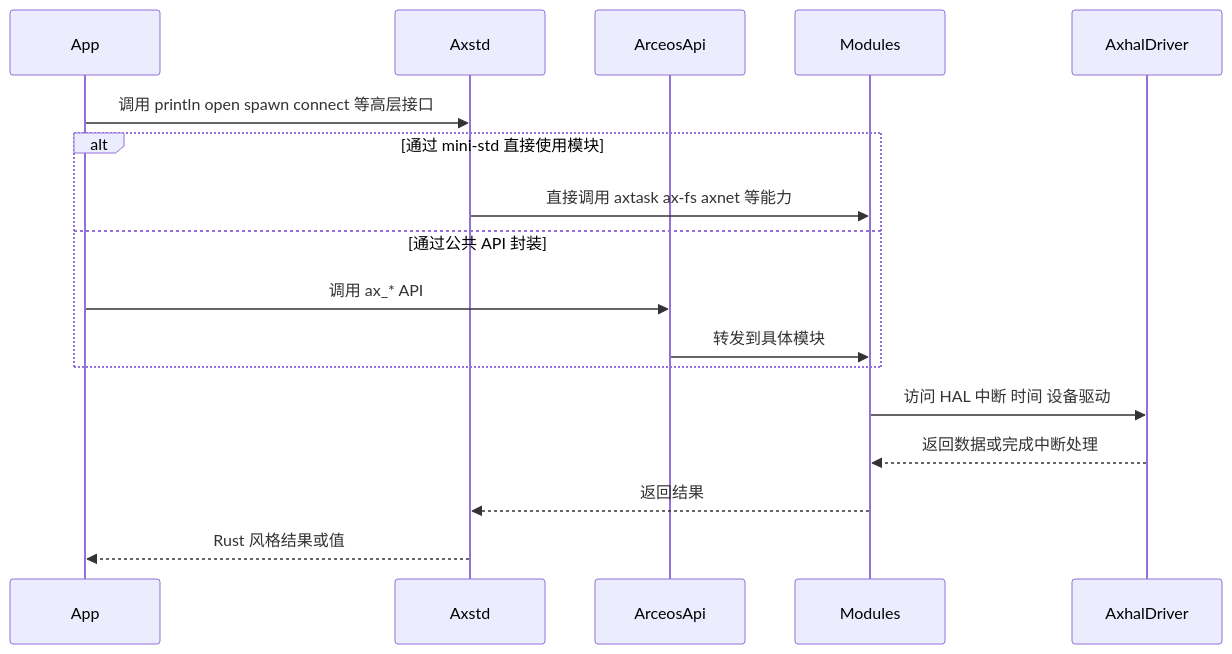
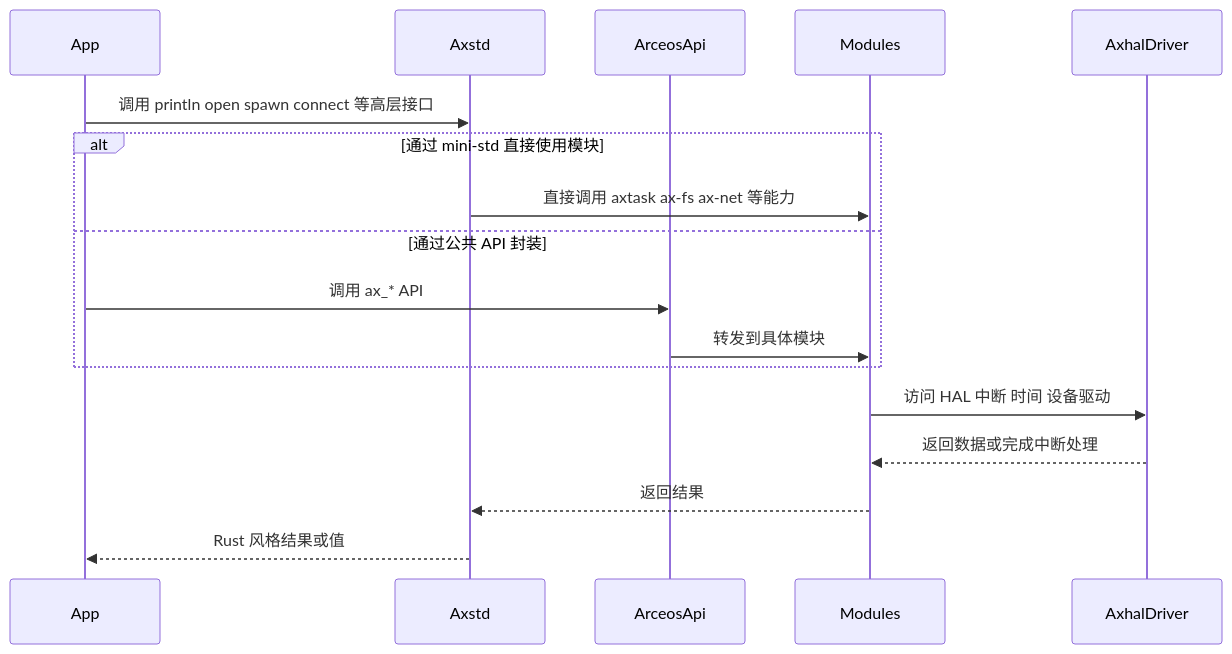
Before and after one commit to zKurisu/tgoskits: the third of 5 diagrams in docs/arceos-internals.md, drawn with Mermaid. The commit also changed other lines of this file and 44 other files, not shown here.

Commit message:
rename axnet to ax-net

````diff
--- a/docs/arceos-internals.md
+++ b/docs/arceos-internals.md
@@ -219,20 +219,20 @@
 ```mermaid
 sequenceDiagram
     participant App
     participant Axstd
     participant ArceosApi
     participant Modules
     participant AxhalDriver
 
     App->>Axstd: 调用 println open spawn connect 等高层接口
     alt 通过 mini-std 直接使用模块
-        Axstd->>Modules: 直接调用 axtask ax-fs axnet 等能力
+        Axstd->>Modules: 直接调用 axtask ax-fs ax-net 等能力
     else 通过公共 API 封装
         App->>ArceosApi: 调用 ax_* API
         ArceosApi->>Modules: 转发到具体模块
     end
     Modules->>AxhalDriver: 访问 HAL 中断 时间 设备驱动
     AxhalDriver-->>Modules: 返回数据或完成中断处理
     Modules-->>Axstd: 返回结果
     Axstd-->>App: Rust 风格结果或值
 ```
````
